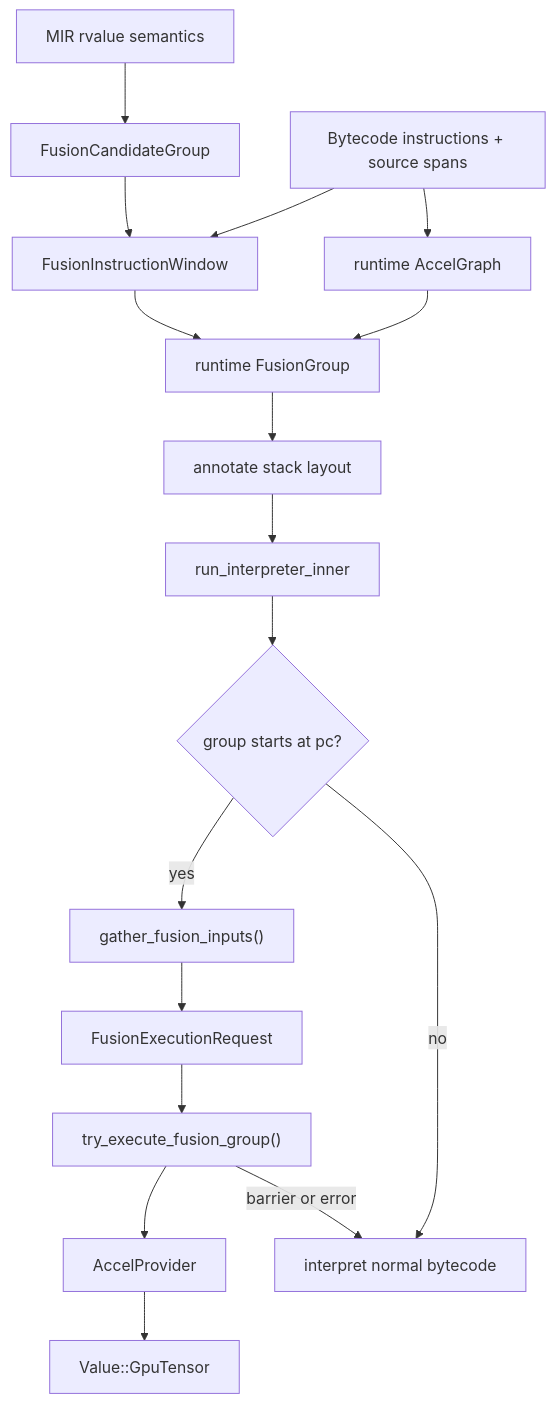
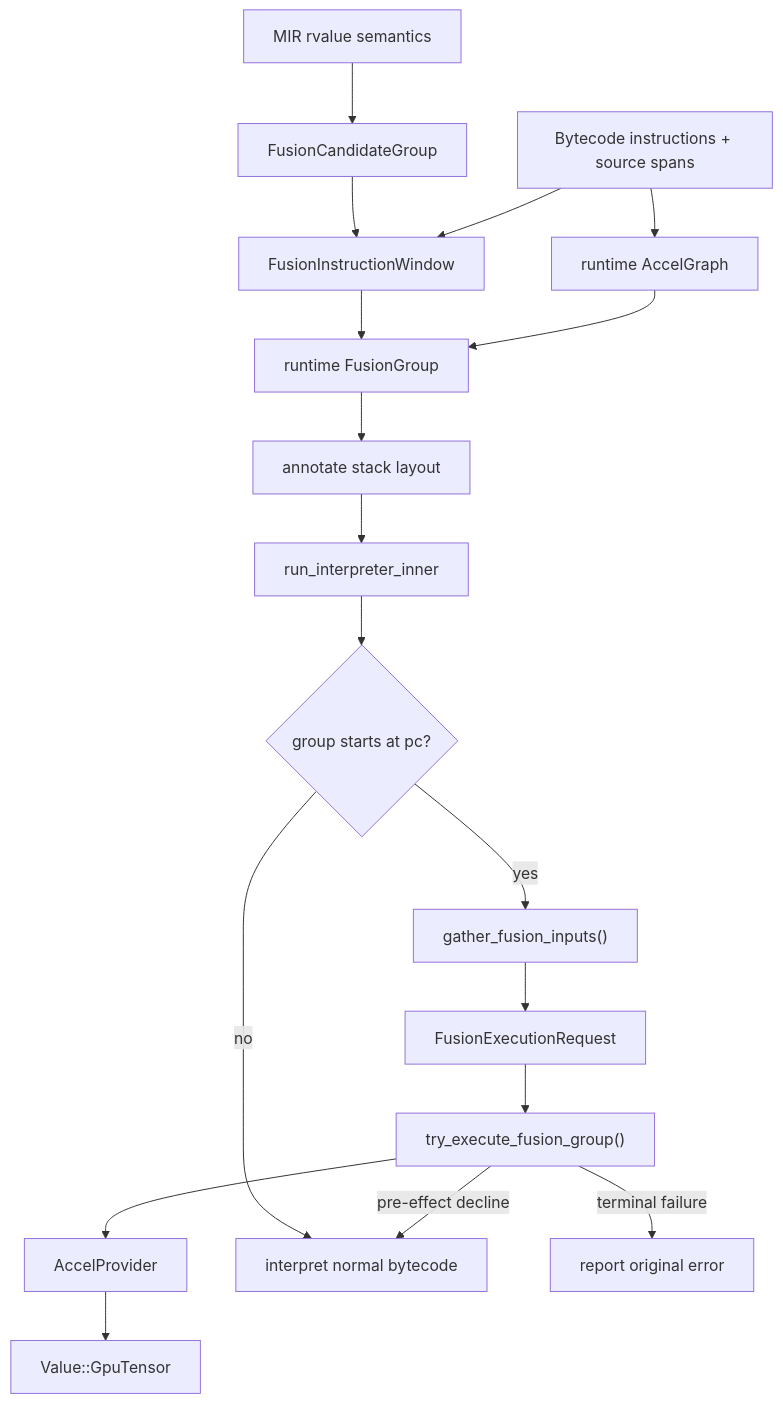
One commit to runmat-org/runmat changed the first of 2 diagrams in docs/gpu/fusion.md. Above: the diagram before and after it, drawn with Mermaid. The commit also changed other lines of this file and 51 other files, not shown here.

````diff
--- a/docs/gpu/fusion.md
+++ b/docs/gpu/fusion.md
@@ -17,31 +17,32 @@
 ```mermaid
 flowchart TD
   MIR["MIR rvalue semantics"]
   Candidates["FusionCandidateGroup"]
   Bytecode["Bytecode instructions + source spans"]
   Windows["FusionInstructionWindow"]
   Graph["runtime AccelGraph"]
   Groups["runtime FusionGroup"]
   Layout["annotate stack layout"]
   Runtime["run_interpreter_inner"]
   Gate{"group starts at pc?"}
   Inputs["gather_fusion_inputs()"]
   Request["FusionExecutionRequest"]
   Execute["try_execute_fusion_group()"]
   Provider["AccelProvider"]
   Result["Value::GpuTensor"]
   Fallback["interpret normal bytecode"]
 
   MIR --> Candidates
   Candidates --> Windows
   Bytecode --> Windows
   Bytecode --> Graph
   Windows --> Groups
   Graph --> Groups
   Groups --> Layout
   Layout --> Runtime
   Runtime --> Gate
   Gate -->|yes| Inputs --> Request --> Execute --> Provider --> Result
   Gate -->|no| Fallback
-  Execute -->|barrier or error| Fallback
+  Execute -->|pre-effect decline| Fallback
+  Execute -->|terminal failure| Failure["report original error"]
 ```
````
